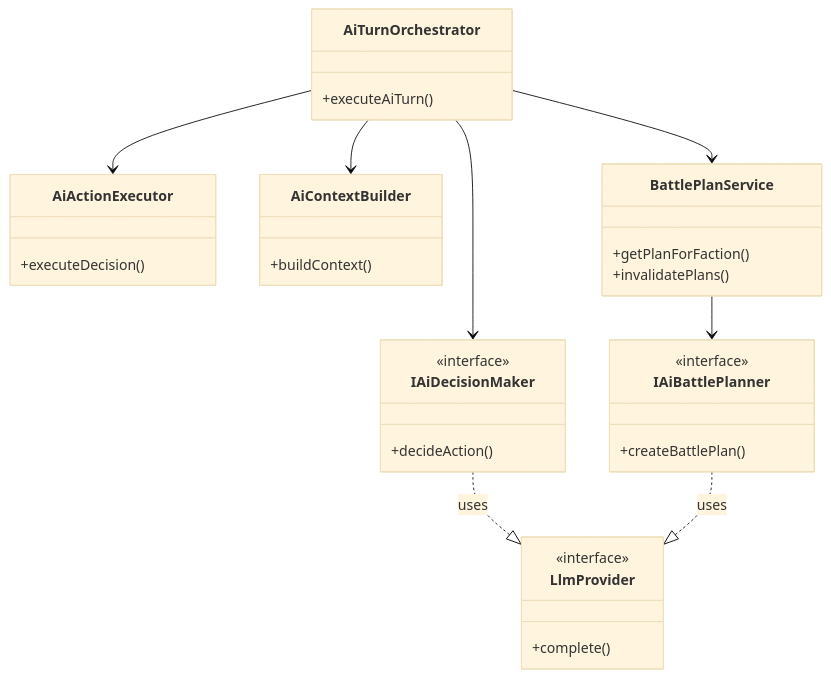
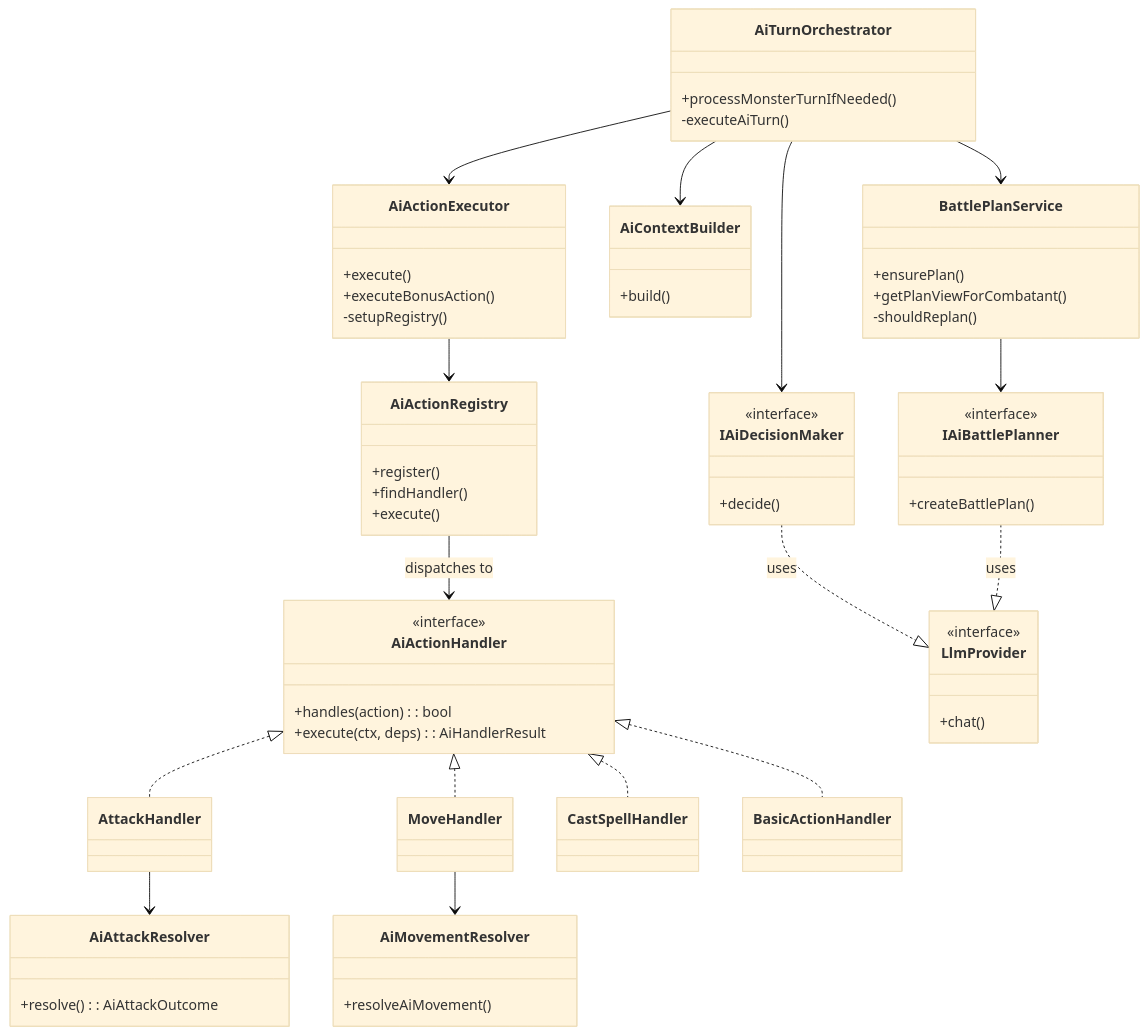
Before and after one commit to mweyamutsvene/DungeonMaster: the diagram in .github/instructions/ai-behavior.instructions.md, drawn with Mermaid (base theme). The commit also changed other lines of this file and 5 other files, not shown here.

First line of the commit message:
Expand all 6 flow instruction files based on SME audit

````diff
--- a/.github/instructions/ai-behavior.instructions.md
+++ b/.github/instructions/ai-behavior.instructions.md
@@ -13,36 +13,64 @@
 ```mermaid
 classDiagram
     class AiTurnOrchestrator {
-        +executeAiTurn()
+        +processMonsterTurnIfNeeded()
+        -executeAiTurn()
     }
     class AiActionExecutor {
-        +executeDecision()
+        +execute()
+        +executeBonusAction()
+        -setupRegistry()
+    }
+    class AiActionRegistry {
+        +register()
+        +findHandler()
+        +execute()
+    }
+    class AiActionHandler {
+        <<interface>>
+        +handles(action): bool
+        +execute(ctx, deps): AiHandlerResult
+    }
+    class AiAttackResolver {
+        +resolve(): AiAttackOutcome
+    }
+    class AiMovementResolver {
+        +resolveAiMovement()
     }
     class AiContextBuilder {
-        +buildContext()
+        +build()
     }
     class BattlePlanService {
-        +getPlanForFaction()
-        +invalidatePlans()
+        +ensurePlan()
+        +getPlanViewForCombatant()
+        -shouldReplan()
     }
     class IAiDecisionMaker {
         <<interface>>
-        +decideAction()
+        +decide()
     }
     class IAiBattlePlanner {
         <<interface>>
         +createBattlePlan()
     }
     class LlmProvider {
         <<interface>>
-        +complete()
+        +chat()
     }
 
     AiTurnOrchestrator --> AiActionExecutor
     AiTurnOrchestrator --> AiContextBuilder
     AiTurnOrchestrator --> IAiDecisionMaker
     AiTurnOrchestrator --> BattlePlanService
+    AiActionExecutor --> AiActionRegistry
+    AiActionRegistry --> AiActionHandler : dispatches to
+    AiActionHandler <|.. AttackHandler
+    AiActionHandler <|.. MoveHandler
+    AiActionHandler <|.. CastSpellHandler
+    AiActionHandler <|.. BasicActionHandler
+    AttackHandler --> AiAttackResolver
+    MoveHandler --> AiMovementResolver
     BattlePlanService --> IAiBattlePlanner
     IAiDecisionMaker ..|> LlmProvider : uses
     IAiBattlePlanner ..|> LlmProvider : uses
 ```
````
